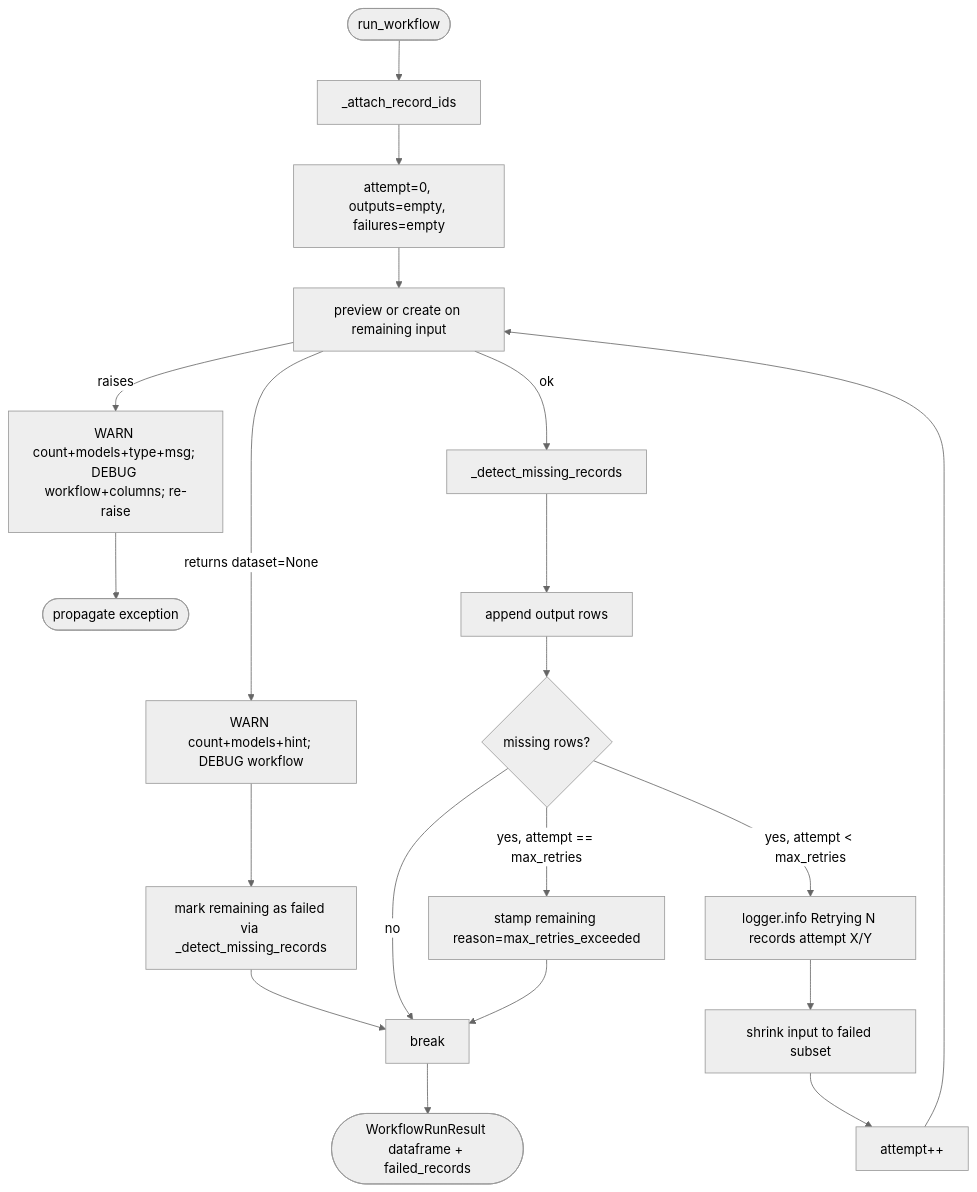
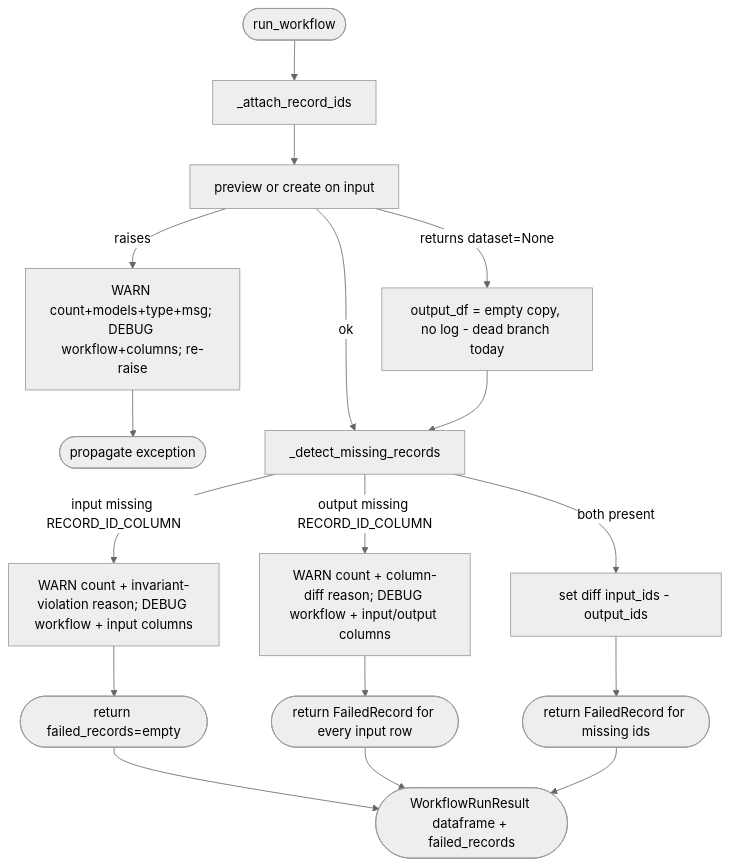
Before and after one commit to NVIDIA-NeMo/Anonymizer: the diagram in plan/plan.md, drawn with Mermaid (neutral theme). The commit also changed other lines of this file, not shown here.

````diff
--- a/plan/plan.md
+++ b/plan/plan.md
@@ -37,15 +43,16 @@
 ```mermaid
 flowchart TD
     start([run_workflow]) --> attach[_attach_record_ids]
-    attach --> initLoop[attempt=0, outputs=empty, failures=empty]
-    initLoop --> ddcall[preview or create on remaining input]
+    attach --> ddcall[preview or create on input]
     ddcall -->|raises| logerr["WARN count+models+type+msg; DEBUG workflow+columns; re-raise"] --> done1([propagate exception])
-    ddcall -->|returns dataset=None| warnNone["WARN count+models+hint; DEBUG workflow"] --> markAll[mark remaining as failed via _detect_missing_records] --> breakLoop[break]
+    ddcall -->|returns dataset=None| fallback[output_df = empty copy, no log - dead branch today]
     ddcall -->|ok| detect[_detect_missing_records]
-    detect --> append[append output rows]
-    append --> anyMissing{missing rows?}
-    anyMissing -->|no| breakLoop
-    anyMissing -->|yes, attempt < max_retries| logRetry["logger.info Retrying N records attempt X/Y"] --> shrink[shrink input to failed subset] --> inc[attempt++] --> ddcall
-    anyMissing -->|yes, attempt == max_retries| stamp[stamp remaining reason=max_retries_exceeded] --> breakLoop
-    breakLoop --> result([WorkflowRunResult dataframe + failed_records])
+    fallback --> detect
+    detect -->|input missing RECORD_ID_COLUMN| warnIn["WARN count + invariant-violation reason; DEBUG workflow + input columns"] --> retEmpty([return failed_records=empty])
+    detect -->|output missing RECORD_ID_COLUMN| warnOut["WARN count + column-diff reason; DEBUG workflow + input/output columns"] --> retAll([return FailedRecord for every input row])
+    detect -->|both present| diff[set diff input_ids - output_ids] --> retDiff([return FailedRecord for missing ids])
+    retEmpty --> result
+    retAll --> result
+    retDiff --> result
+    result([WorkflowRunResult dataframe + failed_records])
 ```
````
